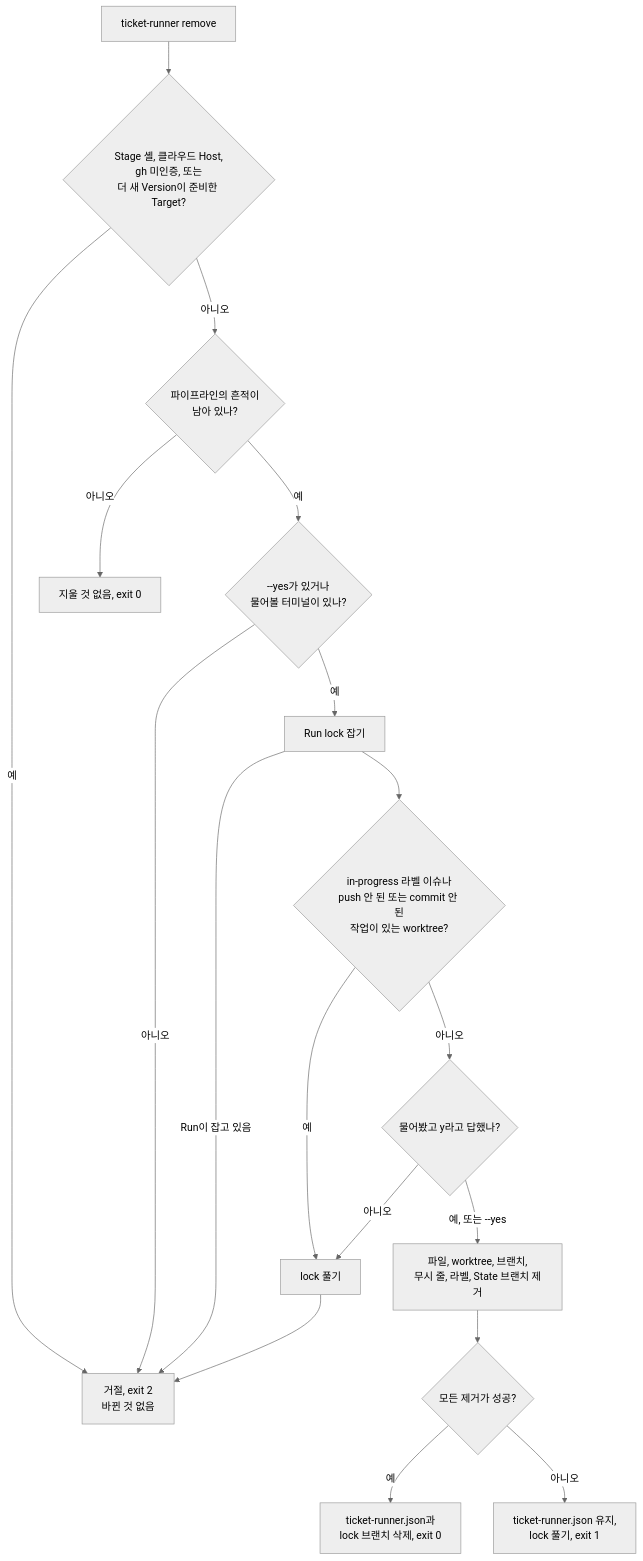
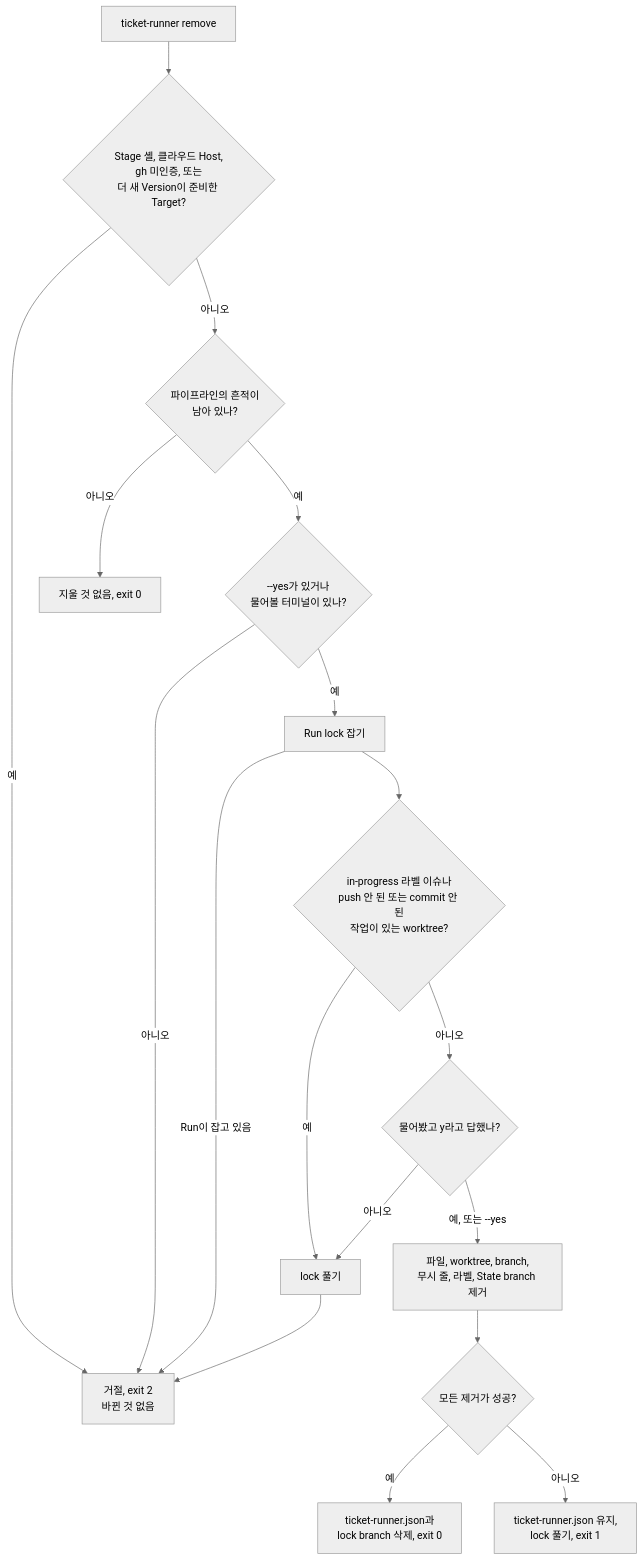
The diagram in wiki/ko/guide/installation.md (jjongs2/ticket-runner), drawn with Mermaid (neutral theme) before and after one commit. The commit also changed other lines of this file and 9 other files, not shown here.

````diff
--- a/wiki/ko/guide/installation.md
+++ b/wiki/ko/guide/installation.md
@@ -167,19 +167,19 @@
 ```mermaid
 flowchart TD
   A["ticket-runner remove"] --> B{"Stage 셸, 클라우드 Host,<br>gh 미인증, 또는<br>더 새 Version이 준비한 Target?"}
   B -- 예 --> R["거절, exit 2<br>바뀐 것 없음"]
   B -- 아니오 --> C{"파이프라인의 흔적이<br>남아 있나?"}
   C -- 아니오 --> N["지울 것 없음, exit 0"]
   C -- 예 --> D{"--yes가 있거나<br>물어볼 터미널이 있나?"}
   D -- 아니오 --> R
   D -- 예 --> E["Run lock 잡기"]
   E -- "Run이 잡고 있음" --> R
   E --> F{"in-progress 라벨 이슈나<br>push 안 된 또는 commit 안 된<br>작업이 있는 worktree?"}
   F -- 예 --> RL["lock 풀기"] --> R
   F -- 아니오 --> Q{"물어봤고 y라고 답했나?"}
   Q -- 아니오 --> RL
-  Q -- "예, 또는 --yes" --> G["파일, worktree, 브랜치,<br>무시 줄, 라벨, State 브랜치 제거"]
+  Q -- "예, 또는 --yes" --> G["파일, worktree, branch,<br>무시 줄, 라벨, State branch 제거"]
   G --> H{"모든 제거가 성공?"}
-  H -- 예 --> I["ticket-runner.json과<br>lock 브랜치 삭제, exit 0"]
+  H -- 예 --> I["ticket-runner.json과<br>lock branch 삭제, exit 0"]
   H -- 아니오 --> J["ticket-runner.json 유지,<br>lock 풀기, exit 1"]
 ```
````
